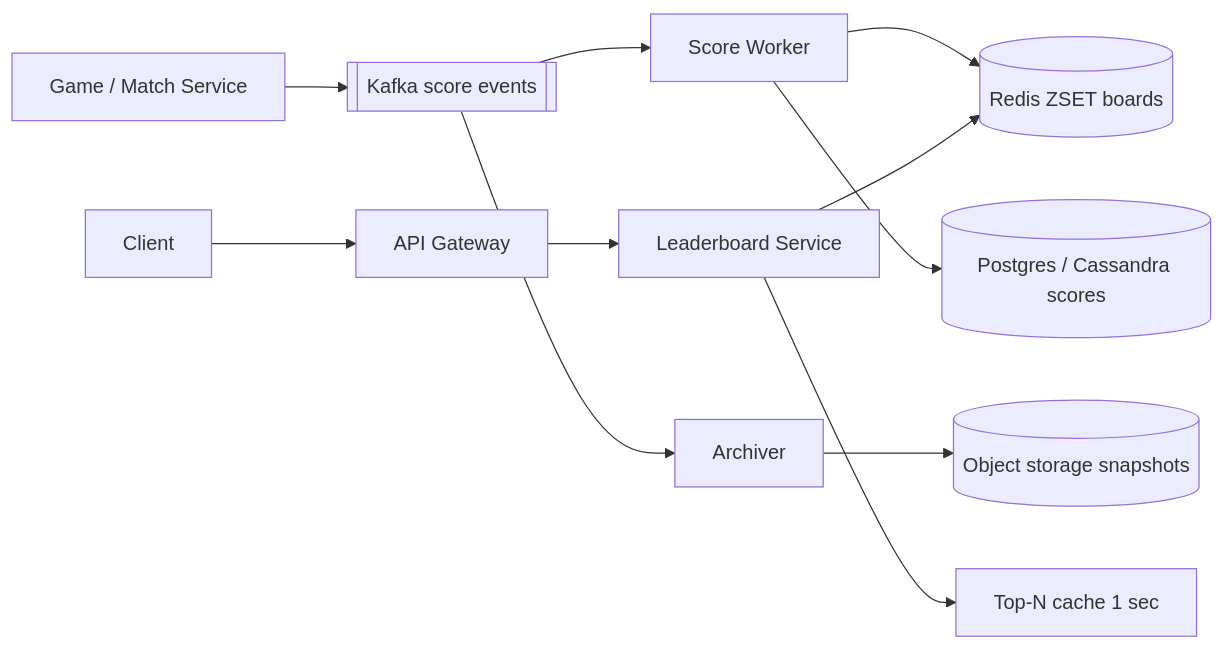
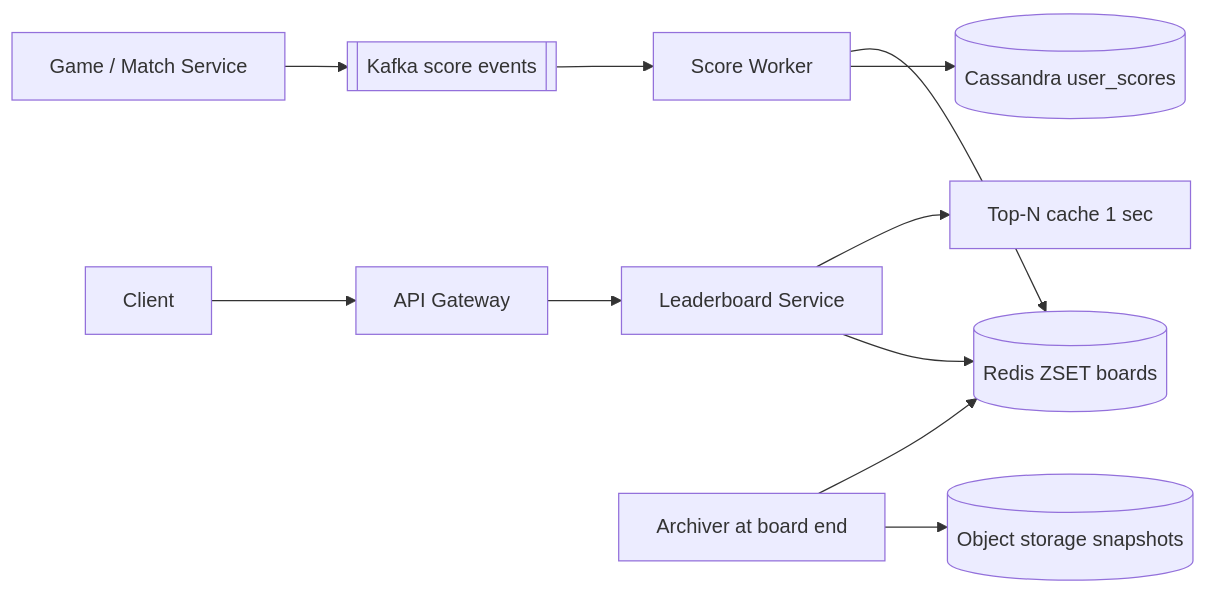
One commit to flow6979/system-design-prep changed the first of 2 diagrams in content-en/02-questions/t2-16-leaderboard.md. Above: the diagram before and after it, drawn with Mermaid. The commit also changed other lines of this file and 61 other files, not shown here.

````diff
--- a/content-en/02-questions/t2-16-leaderboard.md
+++ b/content-en/02-questions/t2-16-leaderboard.md
@@ -71,13 +78,13 @@
 ```mermaid
 flowchart LR
   GS["Game / Match Service"] --> K[["Kafka score events"]]
   K --> SW["Score Worker"]
   SW --> R[("Redis ZSET boards")]
-  SW --> DB[("Postgres / Cassandra scores")]
+  SW --> DB[("Cassandra user_scores")]
   C["Client"] --> G["API Gateway"]
   G --> LS["Leaderboard Service"]
   LS --> TC["Top-N cache 1 sec"]
   LS --> R
-  K --> AR["Archiver"]
+  AR["Archiver at board end"] --> R
   AR --> S3[("Object storage snapshots")]
 ```
````
